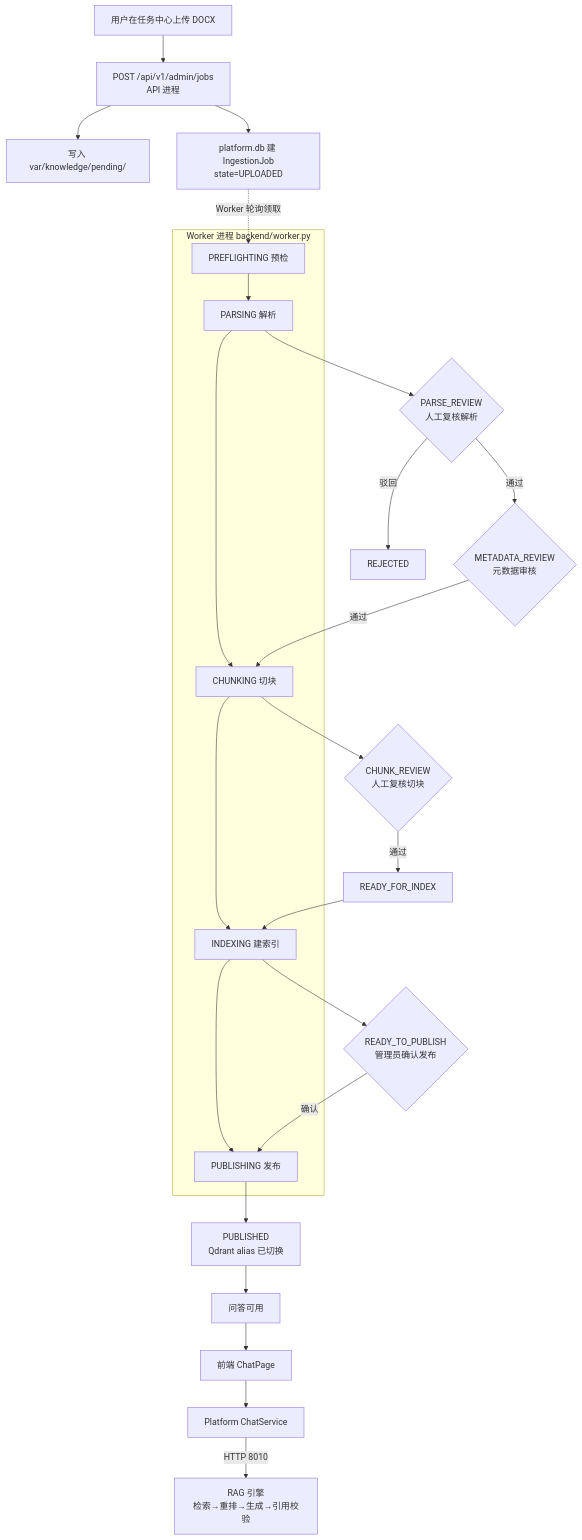
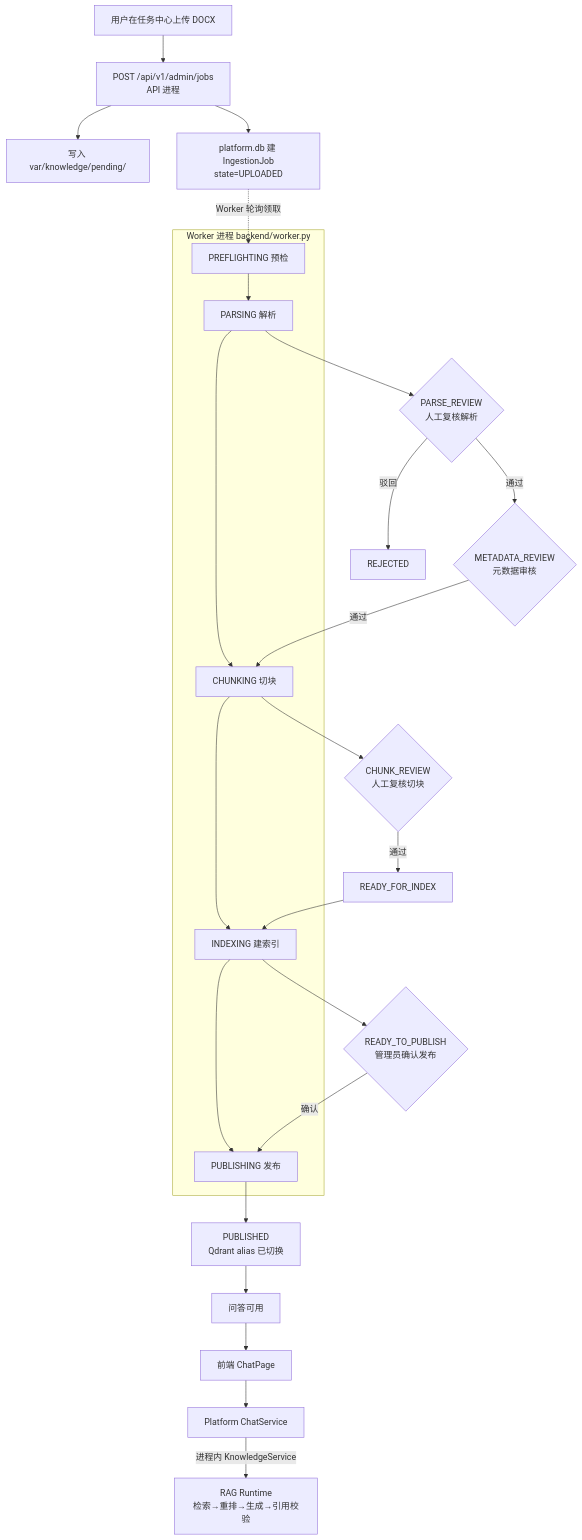
The second of 6 diagrams in docs/INGESTION_TO_QA_WALKTHROUGH.md (zhaohaixiangbobo/policy_platform), drawn with Mermaid before and after one commit. The commit also changed other lines of this file and 78 other files, not shown here.

````diff
--- a/docs/INGESTION_TO_QA_WALKTHROUGH.md
+++ b/docs/INGESTION_TO_QA_WALKTHROUGH.md
@@ -71,30 +74,30 @@
 ```mermaid
 flowchart TD
     U["用户在任务中心上传 DOCX"] --> API["POST /api/v1/admin/jobs<br/>API 进程"]
     API --> DISK["写入 var/knowledge/pending/"]
     API --> JOB["platform.db 建 IngestionJob<br/>state=UPLOADED"]
     JOB -.Worker 轮询领取.-> W1
 
     subgraph W["Worker 进程 backend/worker.py"]
         W1["PREFLIGHTING 预检"] --> W2["PARSING 解析"]
         W2 --> W3["CHUNKING 切块"]
         W3 --> W4["INDEXING 建索引"]
         W4 --> W5["PUBLISHING 发布"]
     end
 
     W2 --> R1{"PARSE_REVIEW<br/>人工复核解析"}
     R1 -->|驳回| REJ["REJECTED"]
     R1 -->|通过| MD{"METADATA_REVIEW<br/>元数据审核"}
     MD -->|通过| W3
     W3 --> R2{"CHUNK_REVIEW<br/>人工复核切块"}
     R2 -->|通过| RFI["READY_FOR_INDEX"]
     RFI --> W4
     W4 --> RTP{"READY_TO_PUBLISH<br/>管理员确认发布"}
     RTP -->|确认| W5
     W5 --> PUB["PUBLISHED<br/>Qdrant alias 已切换"]
 
     PUB --> QA["问答可用"]
     QA --> Q1["前端 ChatPage"]
     Q1 --> Q2["Platform ChatService"]
-    Q2 -->|HTTP 8010| Q3["RAG 引擎<br/>检索→重排→生成→引用校验"]
+    Q2 -->|进程内 KnowledgeService| Q3["RAG Runtime<br/>检索→重排→生成→引用校验"]
 ```
````
